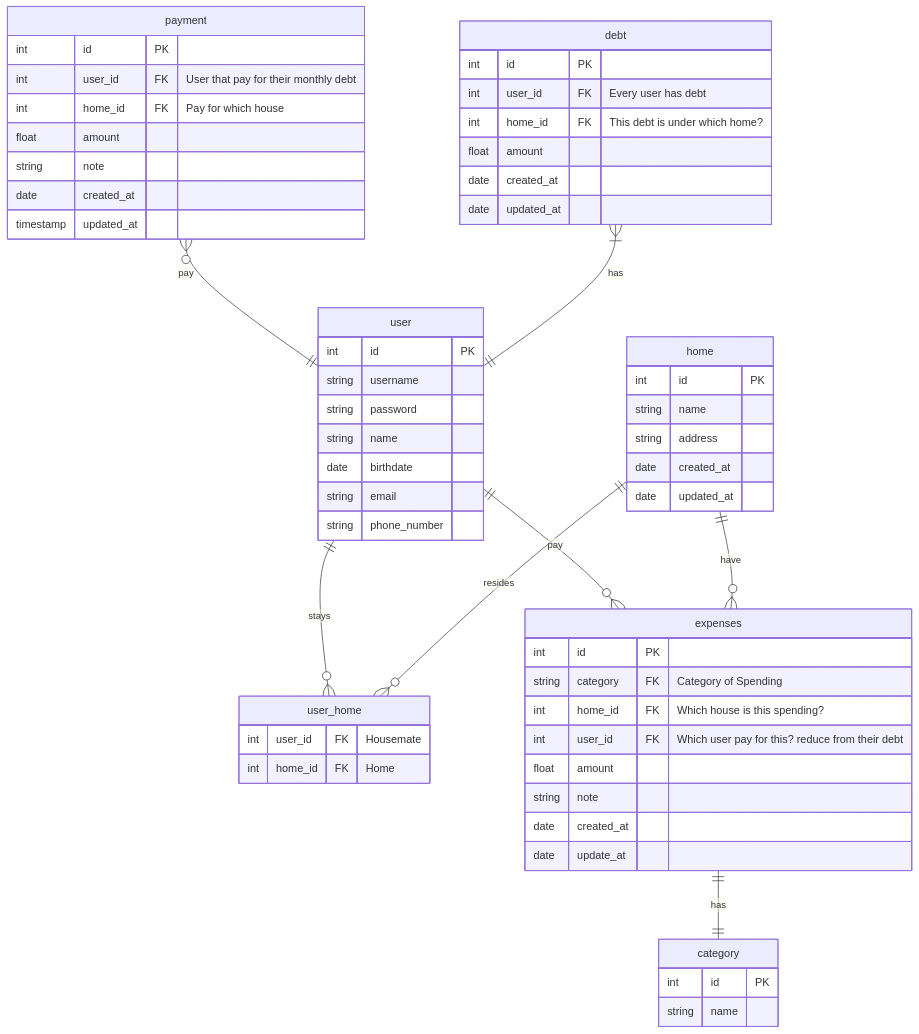
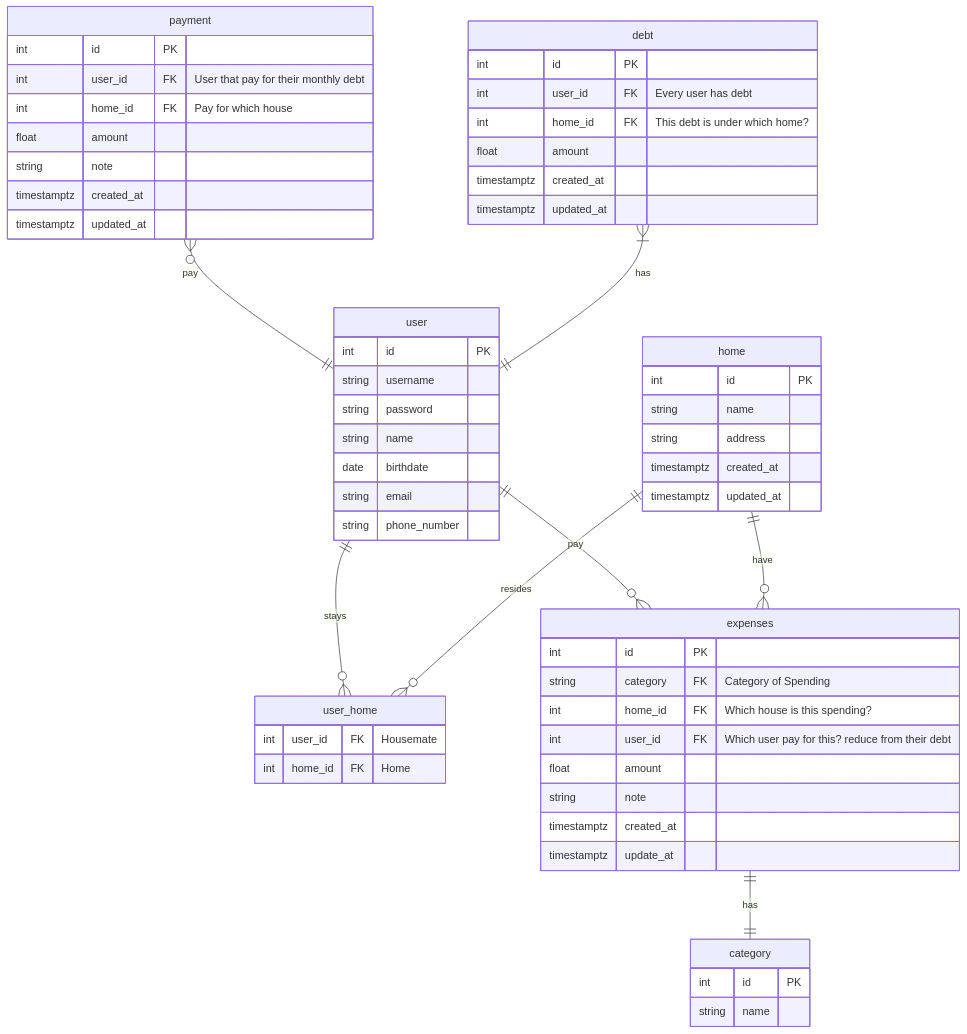
One commit to Skyquek/Trip-Bill-Management-System changed the diagram in mini-project/Readme.md. Above: the diagram before and after it, drawn with Mermaid.

Commit message:
Changed date to timestamp

````diff
--- a/mini-project/Readme.md
+++ b/mini-project/Readme.md
@@ -56,72 +56,72 @@
 ```mermaid
 erDiagram
     user ||--o{ user_home : stays
     user ||--o{ expenses : pay
     user {
         int id PK
         string username
         string password
         string name
         date birthdate
         string email
         string phone_number
     }
     
     home ||--o{ user_home : resides
     home ||--o{ expenses : have
     home {
         int id PK
         string name
         string address
-        date created_at
-        date updated_at
+        timestamptz created_at
+        timestamptz updated_at
     }
 
     user_home {
         int user_id FK "Housemate"
         int home_id FK "Home"
     }
 
     expenses ||--|| category: "has"
     expenses {
         int id PK
         string category FK "Category of Spending"
         int home_id FK "Which house is this spending?"
         int user_id FK "Which user pay for this? reduce from their debt"
         float amount
         string note
-        date created_at
-        date update_at
+        timestamptz created_at
+        timestamptz update_at
     }
 
     category {
         int id PK
         string name
     }
 
     payment o{--|| user: pay
     payment {
         int id PK
         int user_id FK "User that pay for their monthly debt"
         int home_id FK "Pay for which house"
         float amount
         string note
-        date created_at
-        timestamp updated_at
+        timestamptz created_at
+        timestamptz updated_at
     }
 
     debt |{--|| user : "has"
     debt {
         int id PK
         int user_id FK "Every user has debt"
         int home_id FK "This debt is under which home?"
         float amount
-        date created_at
-        date updated_at
+        timestamptz created_at
+        timestamptz updated_at
     }
 
     
 
 
 
 ```
````
